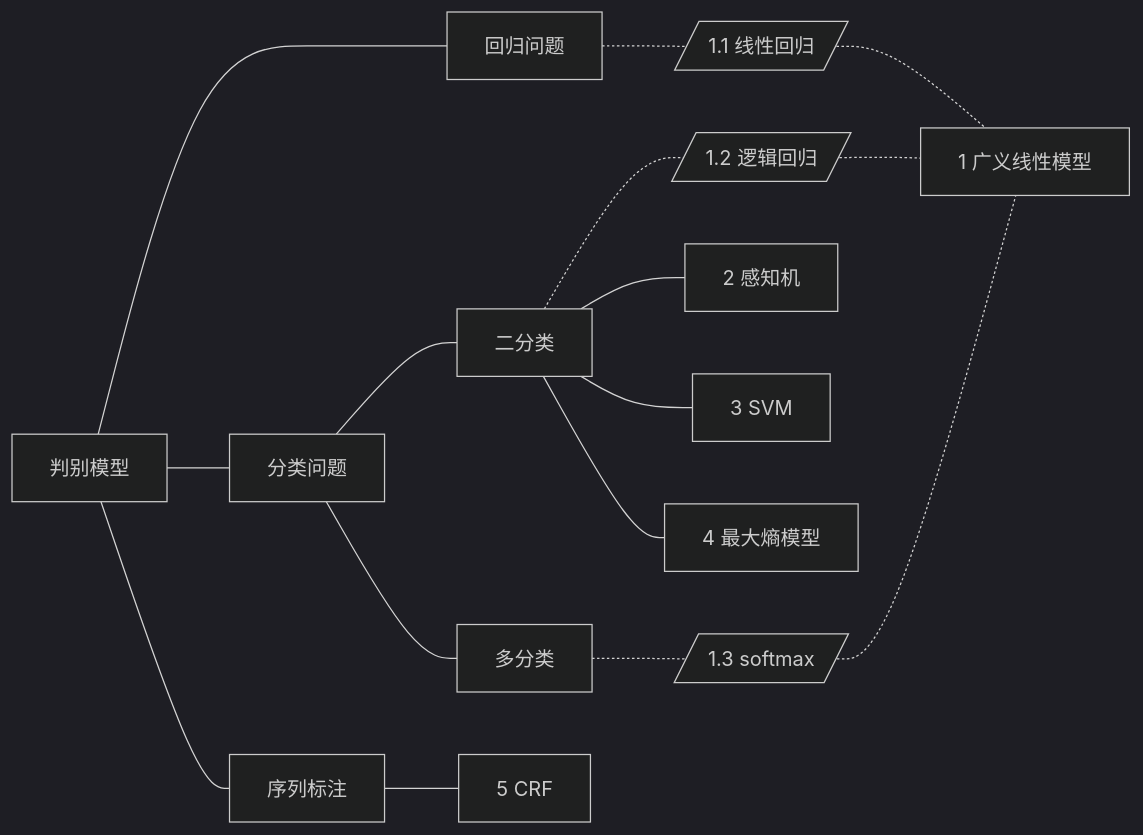
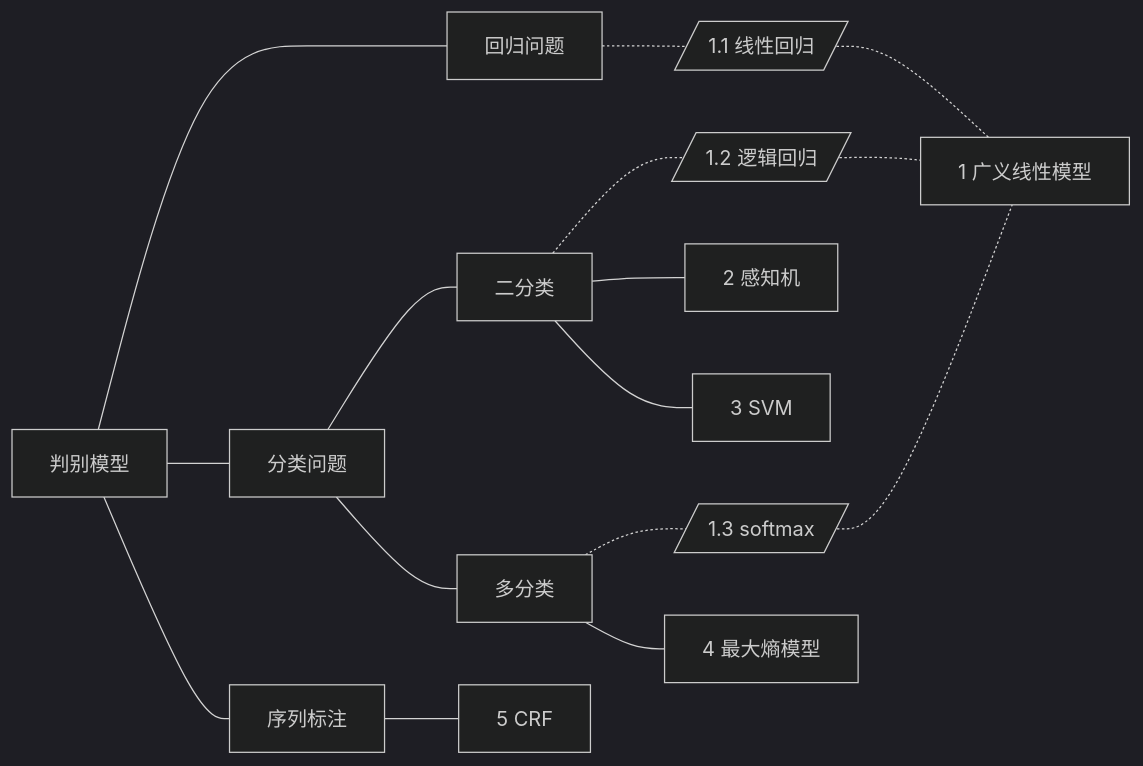
One commit to YanLin-Git/note changed the diagram in CS229_笔记/判别模型/README.md. Above: the diagram before and after it, drawn with Mermaid (dark theme). The commit also changed other lines of this file and 4 other files, not shown here.

````diff
--- a/CS229_笔记/判别模型/README.md
+++ b/CS229_笔记/判别模型/README.md
@@ -2,16 +2,18 @@
 ```mermaid
 graph LR
     H[回归问题]
     F[分类问题]
     X[序列标注]
     P[判别模型] --- H & F & X
     
     F[分类问题] --- two[二分类] & multi[多分类]
     H -.- linear[/1.1 线性回归/]
     two -.- L[/1.2 逻辑回归/]
-    two --- G[2 感知机] & SVM[3 SVM] & Z[4 最大熵模型]
+    two --- G[2 感知机] & SVM[3 SVM]
     multi -.- S[/1.3 softmax/]
+    multi --- Z[4 最大熵模型]
     X --- CRF[5 CRF]
 
     linear & L & S -.- T[1 广义线性模型]
+    
 ```
````
